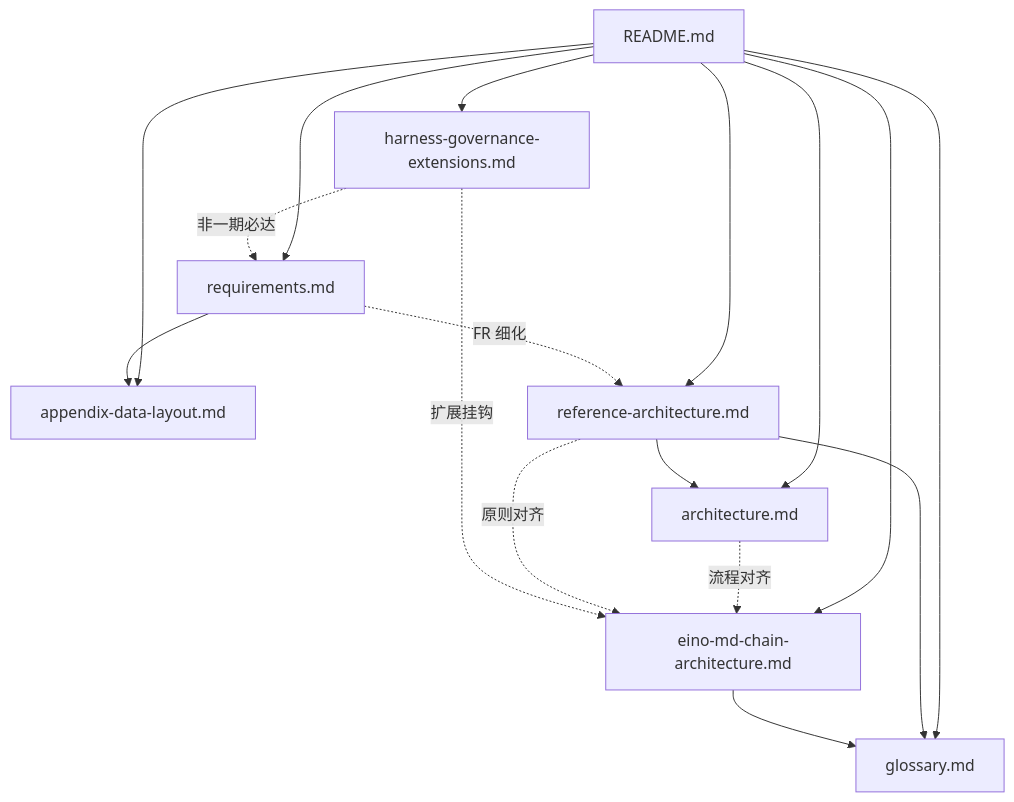
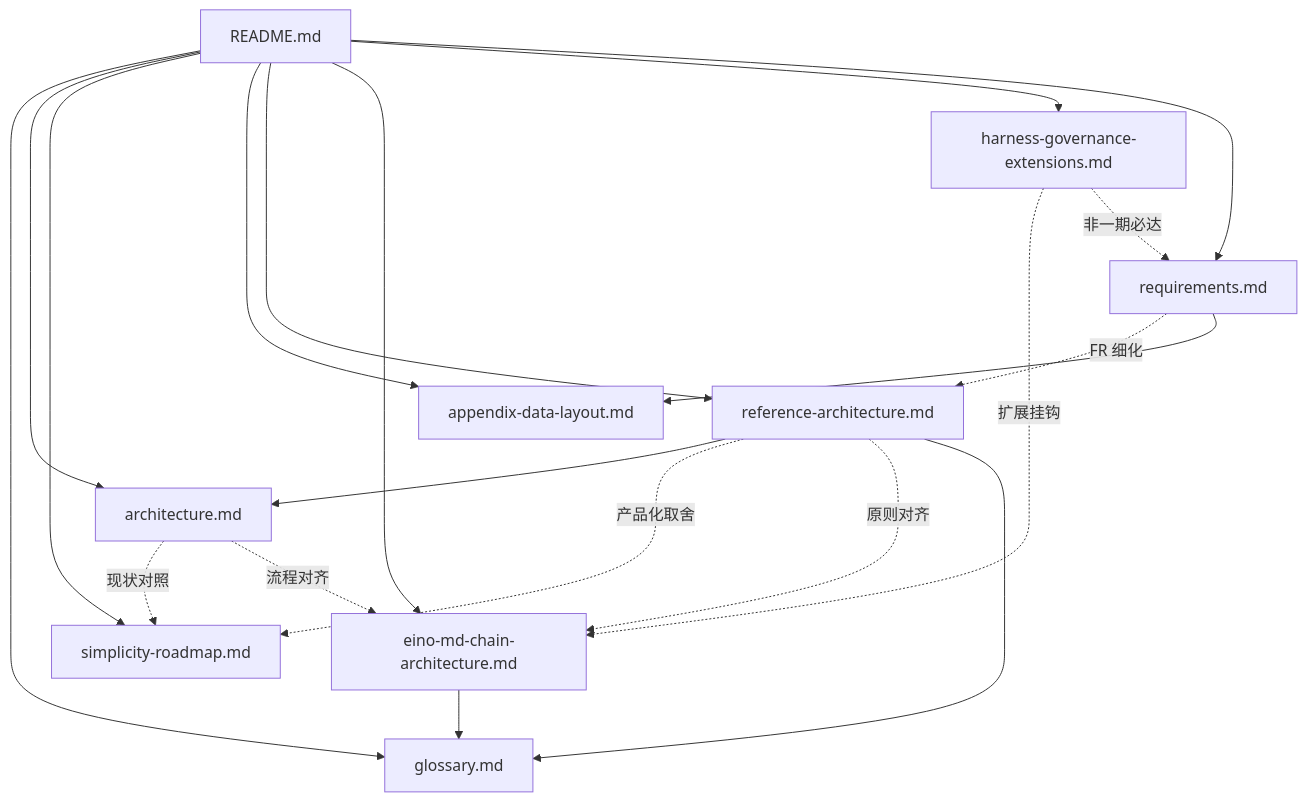
One commit to lengzhao/oneclaw changed the diagram in docs/README.md. Above: the diagram before and after it, drawn with Mermaid. The commit also changed other lines of this file and 11 other files, not shown here.

````diff
--- a/docs/README.md
+++ b/docs/README.md
@@ -32,27 +35,31 @@
 ```mermaid
 flowchart TB
   README[README.md]
   G[glossary.md]
   A[architecture.md]
+  S[simplicity-roadmap.md]
   L[appendix-data-layout.md]
   R[reference-architecture.md]
   E[eino-md-chain-architecture.md]
   H[harness-governance-extensions.md]
   Q[requirements.md]
   README --> G
   README --> A
+  README --> S
   README --> L
   README --> R
   README --> E
   README --> H
   README --> Q
   R --> A
+  R -.->|产品化取舍| S
+  A -.->|现状对照| S
   A -.->|流程对齐| E
   R -.->|原则对齐| E
   Q -.->|FR 细化| R
   Q --> L
   R --> G
   E --> G
   H -.->|扩展挂钩| E
   H -.->|非一期必达| Q
 ```
````
